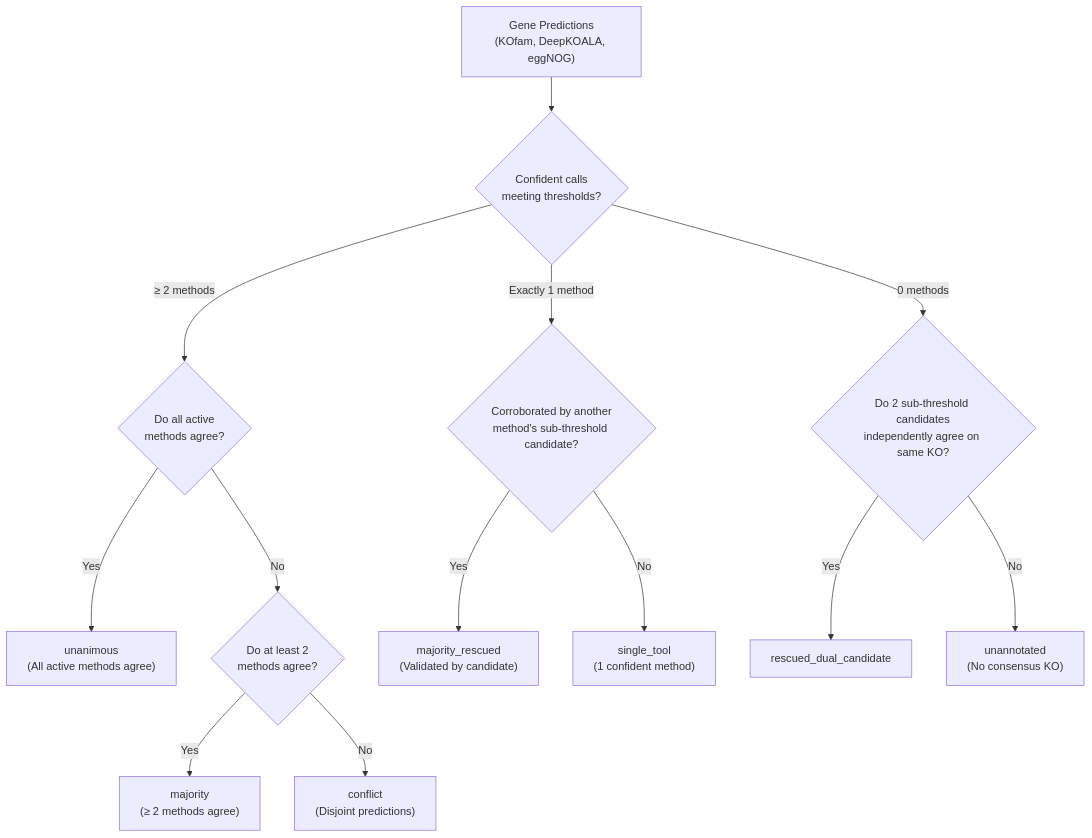
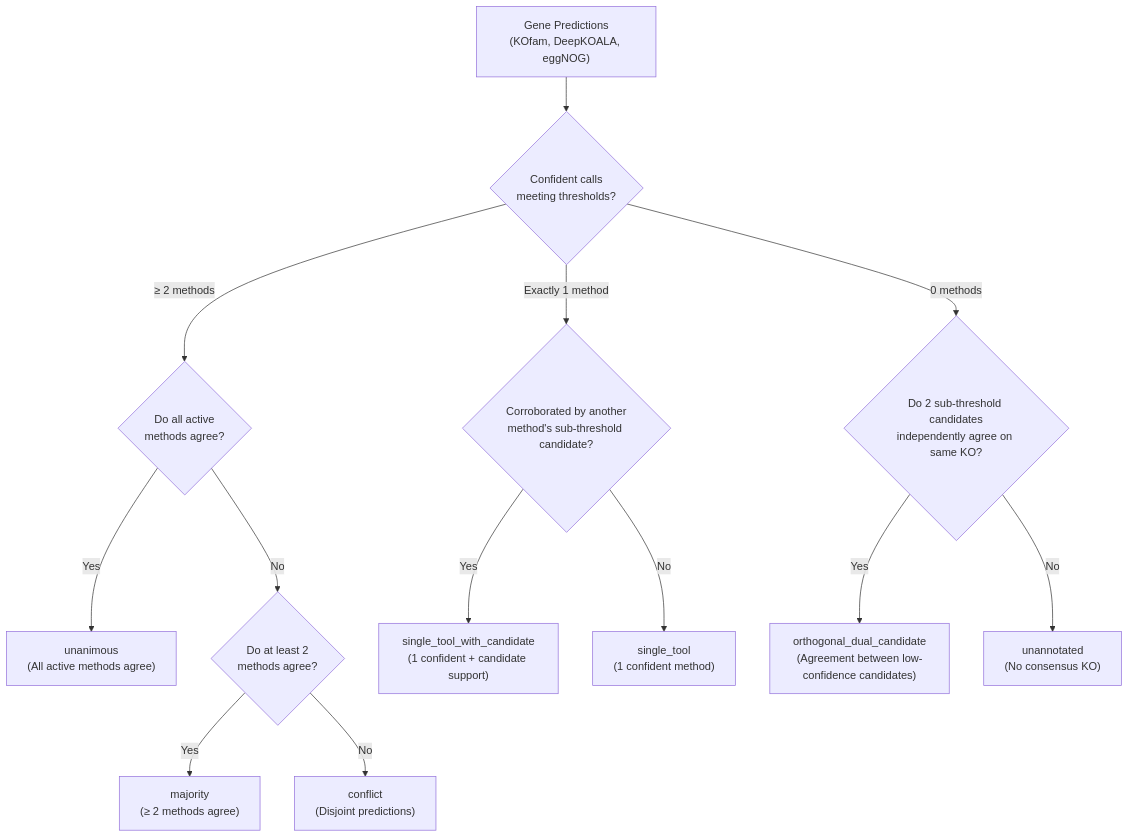
The diagram in README.md (dylancronin/kolach), drawn with Mermaid before and after one commit. The commit also changed other lines of this file and 5 other files, not shown here.

````diff
--- a/README.md
+++ b/README.md
@@ -101,18 +105,18 @@
 ```mermaid
 flowchart TD
     Start["Gene Predictions<br/>(KOfam, DeepKOALA, eggNOG)"] --> Count{"Confident calls<br/>meeting thresholds?"}
 
     Count -->|"≥ 2 methods"| AgreeAll{"Do all active<br/>methods agree?"}
     AgreeAll -->|"Yes"| Unanimous["unanimous<br/>(All active methods agree)"]
     AgreeAll -->|"No"| AgreePair{"Do at least 2<br/>methods agree?"}
     AgreePair -->|"Yes"| Majority["majority<br/>(≥ 2 methods agree)"]
     AgreePair -->|"No"| Conflict["conflict<br/>(Disjoint predictions)"]
 
     Count -->|"Exactly 1 method"| CheckCandidate{"Corroborated by another<br/>method's sub-threshold candidate?"}
-    CheckCandidate -->|"Yes"| MajorityRescued["majority_rescued<br/>(Validated by candidate)"]
+    CheckCandidate -->|"Yes"| SingleToolCand["single_tool_with_candidate<br/>(1 confident + candidate support)"]
     CheckCandidate -->|"No"| SingleTool["single_tool<br/>(1 confident method)"]
 
     Count -->|"0 methods"| CheckDual{"Do 2 sub-threshold candidates<br/>independently agree on same KO?"}
-    CheckDual -->|"Yes"| RescuedDual["rescued_dual_candidate<br/>"]
+    CheckDual -->|"Yes"| OrthogonalDual["orthogonal_dual_candidate<br/>(Agreement between low-confidence candidates)"]
     CheckDual -->|"No"| Unannotated["unannotated<br/>(No consensus KO)"]
 ```
````
